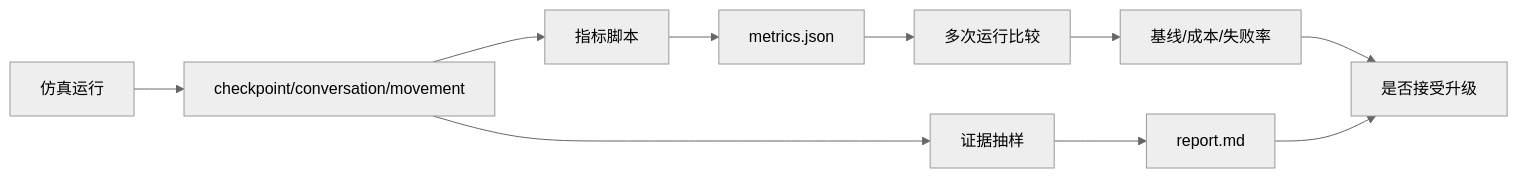
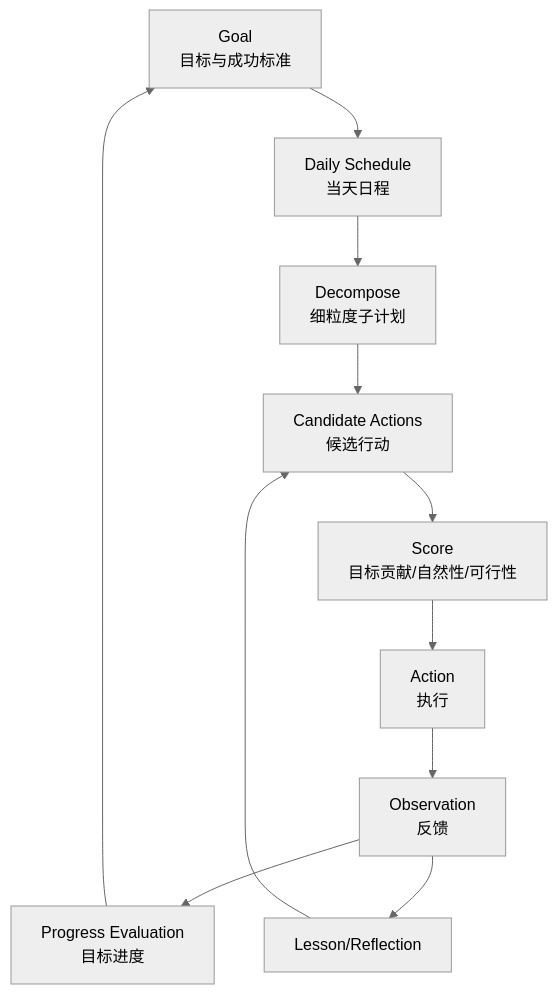
One commit to tbkken/GenerativeAgentsCN changed the diagram in docs/book/manuscript/part_05/chapter_34.md. Above: the diagram before and after it, drawn with Mermaid (neutral theme). The commit also changed other lines of this file and 60 other files, not shown here.

````diff
--- a/docs/book/manuscript/part_05/chapter_34.md
+++ b/docs/book/manuscript/part_05/chapter_34.md
@@ -44,12 +20,13 @@
 ```mermaid
-flowchart LR
-    Run[仿真运行] --> Data[checkpoint/conversation/movement]
-    Data --> Metrics[指标脚本]
-    Metrics --> JSON[metrics.json]
-    Data --> Evidence[证据抽样]
-    Evidence --> Report[report.md]
-    JSON --> Compare[多次运行比较]
-    Compare --> Baseline[基线/成本/失败率]
-    Baseline --> Decision[是否接受升级]
-    Report --> Decision
+flowchart TD
+    G[Goal<br/>目标与成功标准] --> DS[Daily Schedule<br/>当天日程]
+    DS --> DP[Decompose<br/>细粒度子计划]
+    DP --> CA[Candidate Actions<br/>候选行动]
+    CA --> SC[Score<br/>目标贡献/自然性/可行性]
+    SC --> AC[Action<br/>执行]
+    AC --> OB[Observation<br/>反馈]
+    OB --> PR[Progress Evaluation<br/>目标进度]
+    PR --> G
+    OB --> LE[Lesson/Reflection]
+    LE --> CA
 ```
````
